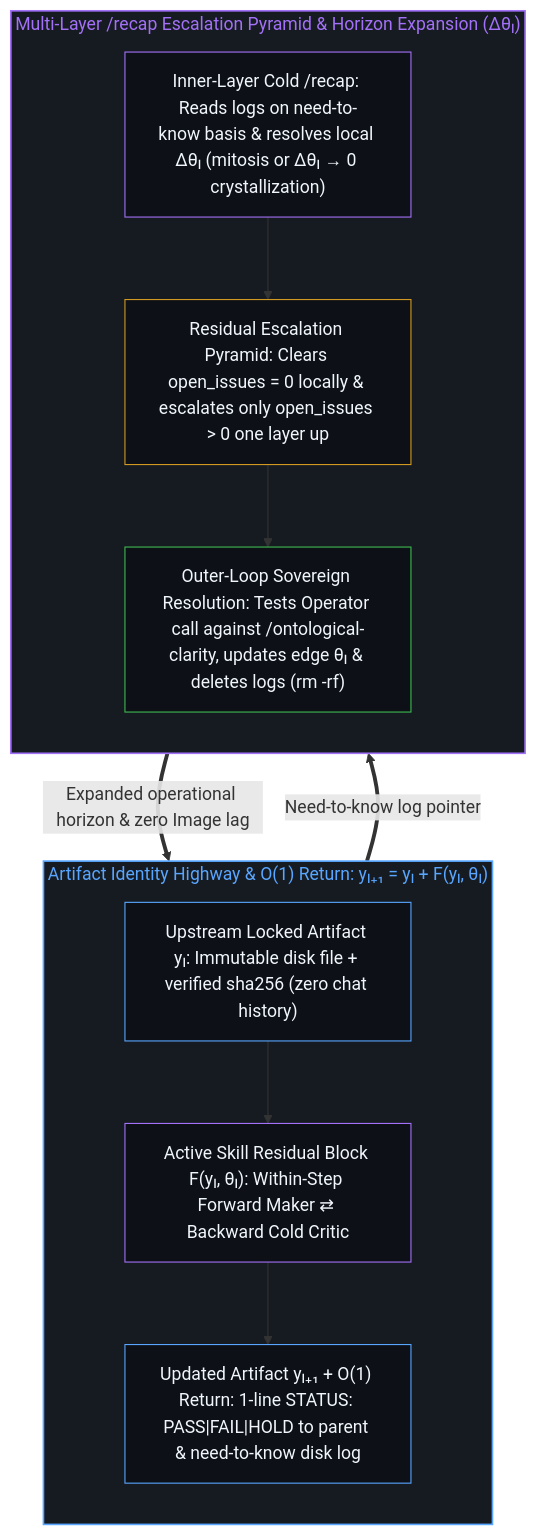
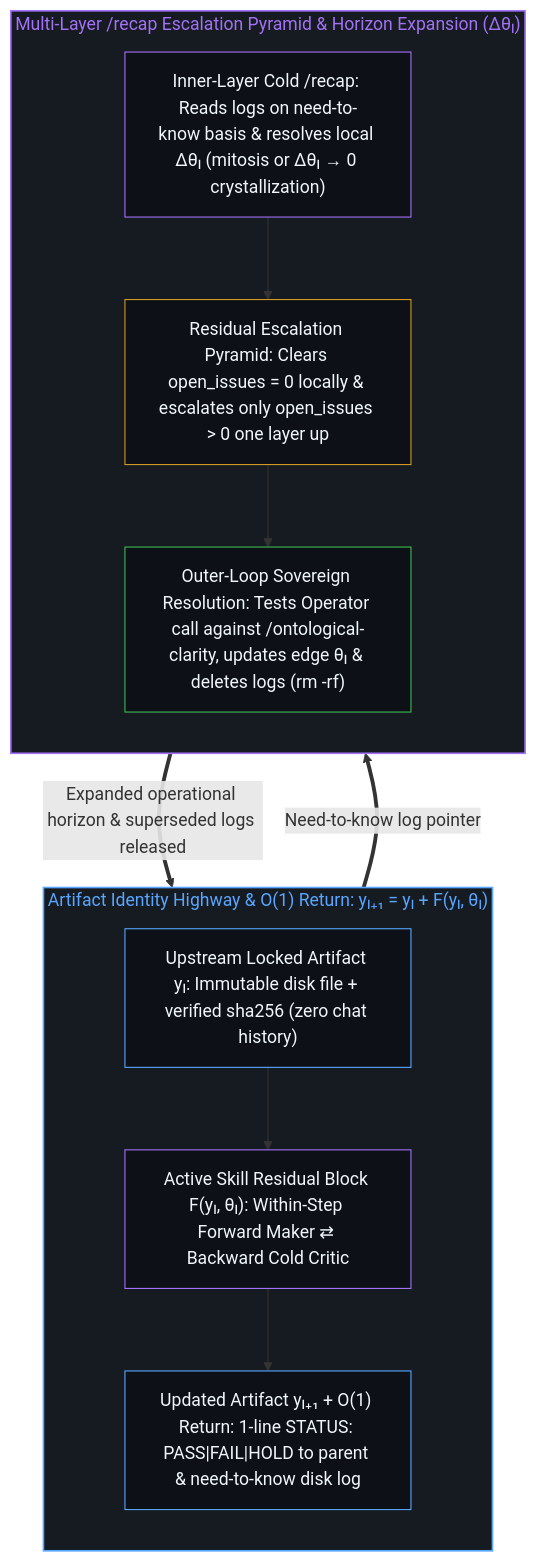
One commit to powerpig99/not-a-toe changed the fourth of 4 diagrams in content/posts/dynamic-resnet-of-skill-loops.md. Above: the diagram before and after it, drawn with Mermaid. The commit also changed other lines of this file and 13 other files, not shown here.

````diff
--- a/content/posts/dynamic-resnet-of-skill-loops.md
+++ b/content/posts/dynamic-resnet-of-skill-loops.md
@@ -145,27 +145,27 @@
 ```mermaid
 flowchart TD
     subgraph S_Highway["Artifact Identity Highway & O(1) Return: yₗ₊₁ = yₗ + F(yₗ, θₗ)"]
         direction TB
         H_In["Upstream Locked Artifact yₗ: Immutable disk file + verified sha256 (zero chat history)"]
         H_Block["Active Skill Residual Block F(yₗ, θₗ): Within-Step Forward Maker ⇄ Backward Cold Critic"]
         H_Out["Updated Artifact yₗ₊₁ + O(1) Return: 1-line STATUS: PASS|FAIL|HOLD to parent & need-to-know disk log"]
         H_In --> H_Block --> H_Out
     end
     subgraph S_Dynamic["Multi-Layer /recap Escalation Pyramid & Horizon Expansion (Δθₗ)"]
         direction TB
         D_Local["Inner-Layer Cold /recap: Reads logs on need-to-know basis & resolves local Δθₗ (mitosis or Δθₗ → 0 crystallization)"]
         D_Esc["Residual Escalation Pyramid: Clears open_issues = 0 locally & escalates only open_issues > 0 one layer up"]
         D_Ratify["Outer-Loop Sovereign Resolution: Tests Operator call against /ontological-clarity, updates edge θₗ & deletes logs (rm -rf)"]
         D_Local --> D_Esc --> D_Ratify
     end
     H_Out ==>|"Need-to-know log pointer"| D_Local
-    D_Ratify ==>|"Expanded operational horizon & zero Image lag"| H_In
+    D_Ratify ==>|"Expanded operational horizon & superseded logs released"| H_In
     style S_Highway fill:#161b22,stroke:#58a6ff,stroke-width:1.5px,color:#58a6ff
     style S_Dynamic fill:#161b22,stroke:#a371f7,stroke-width:1.5px,color:#a371f7
     style H_In fill:#0d1117,stroke:#58a6ff,stroke-width:1px,color:#f0f6fc
     style H_Block fill:#0d1117,stroke:#a371f7,stroke-width:1px,color:#f0f6fc
     style H_Out fill:#0d1117,stroke:#58a6ff,stroke-width:1px,color:#f0f6fc
     style D_Local fill:#0d1117,stroke:#a371f7,stroke-width:1px,color:#f0f6fc
     style D_Esc fill:#0d1117,stroke:#d29922,stroke-width:1px,color:#f0f6fc
     style D_Ratify fill:#0d1117,stroke:#3fb950,stroke-width:1px,color:#f0f6fc
 ```
````
